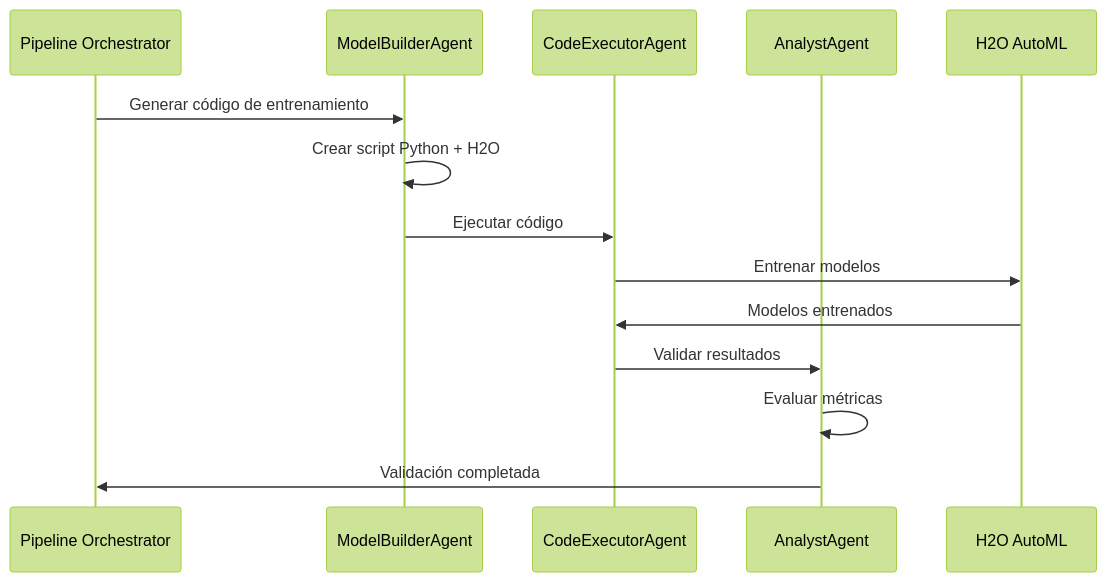
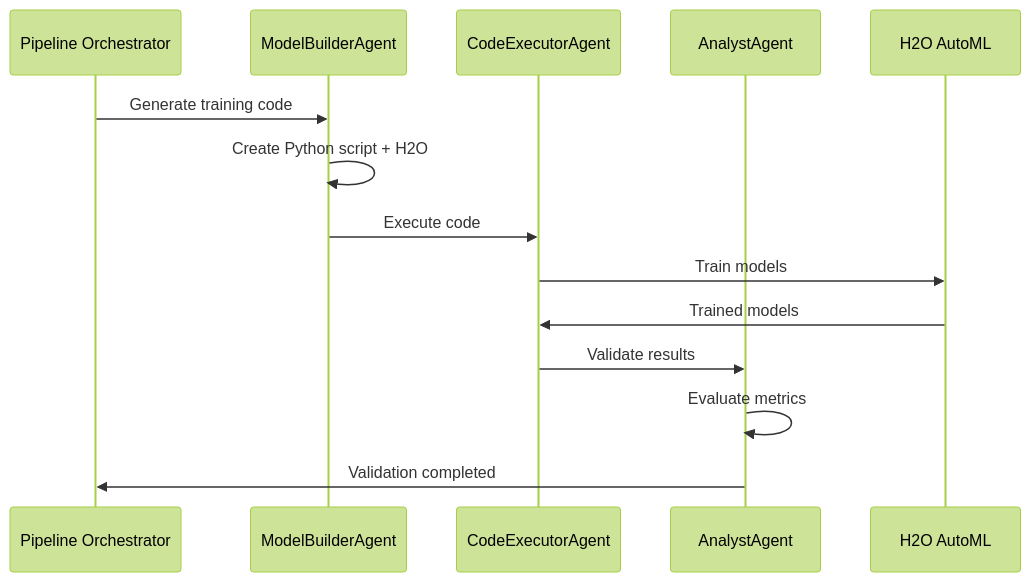
The third of 5 diagrams in docs/02_architecture.md (davidmonterocrespo24/Agents2ML), drawn with Mermaid (forest theme) before and after one commit. The commit also changed other lines of this file and 13 other files, not shown here.

````diff
--- a/docs/02_architecture.md
+++ b/docs/02_architecture.md
@@ -158,17 +158,17 @@
 ```mermaid
 sequenceDiagram
     participant PO as Pipeline Orchestrator
     participant MBA as ModelBuilderAgent
     participant CEA as CodeExecutorAgent
     participant AA as AnalystAgent
     participant H2O as H2O AutoML
     
-    PO->>MBA: Generar código de entrenamiento
-    MBA->>MBA: Crear script Python + H2O
-    MBA->>CEA: Ejecutar código
-    CEA->>H2O: Entrenar modelos
-    H2O->>CEA: Modelos entrenados
-    CEA->>AA: Validar resultados
-    AA->>AA: Evaluar métricas
-    AA->>PO: Validación completada
+    PO->>MBA: Generate training code
+    MBA->>MBA: Create Python script + H2O
+    MBA->>CEA: Execute code
+    CEA->>H2O: Train models
+    H2O->>CEA: Trained models
+    CEA->>AA: Validate results
+    AA->>AA: Evaluate metrics
+    AA->>PO: Validation completed
 ```
````
